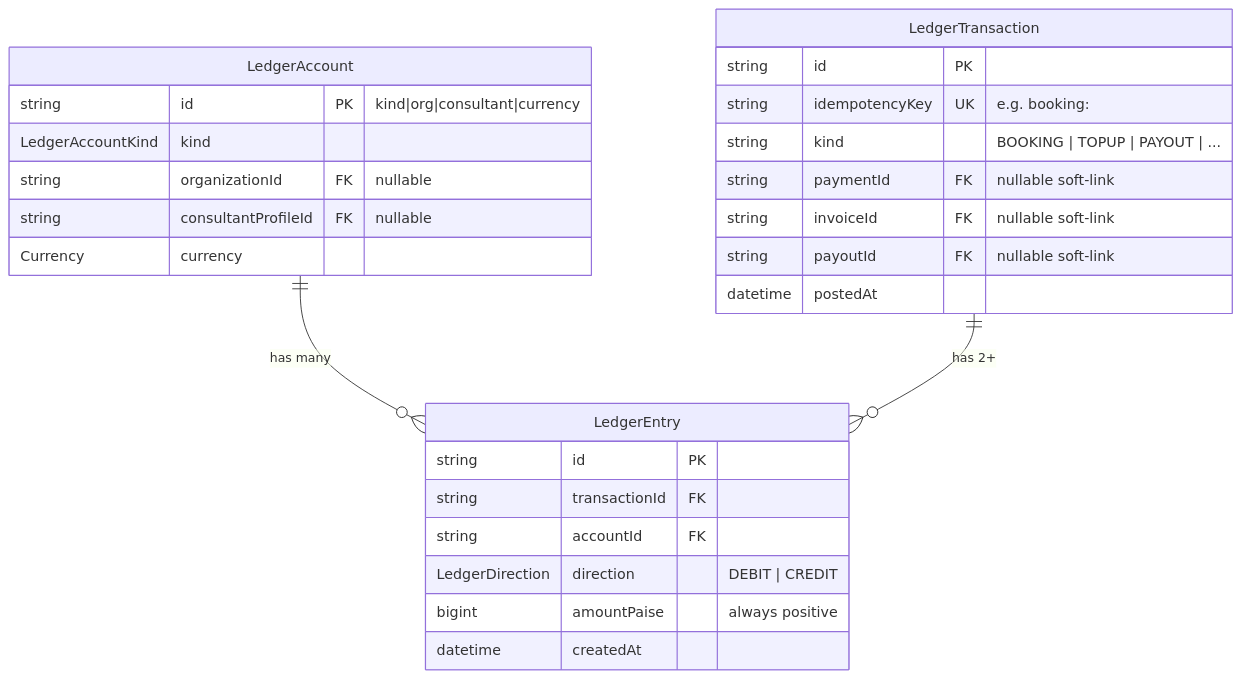
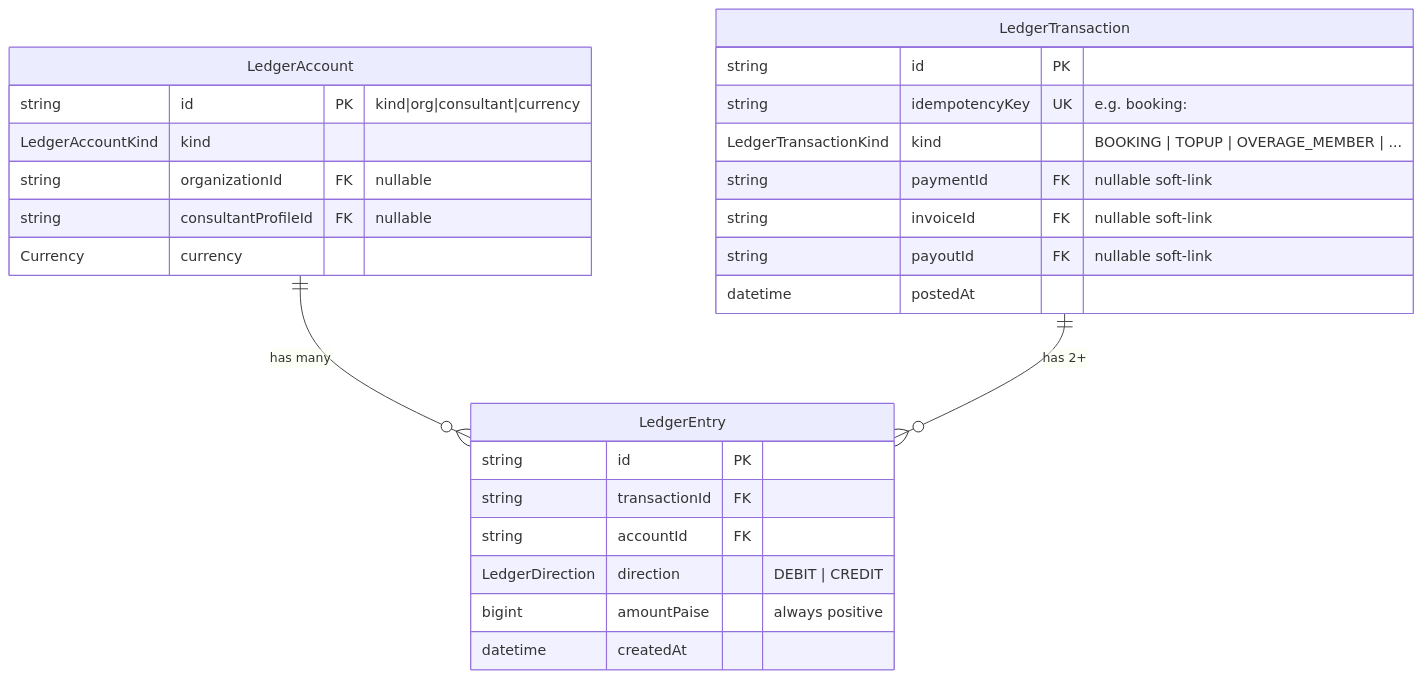
The first of 2 diagrams in docs/enterprise/08-ledger-and-postings.md (Practitionist/familiarise_web), drawn with Mermaid before and after one commit. The commit also changed other lines of this file and 46 other files, not shown here.

````diff
--- a/docs/enterprise/08-ledger-and-postings.md
+++ b/docs/enterprise/08-ledger-and-postings.md
@@ -11,30 +11,30 @@
 ```mermaid
 erDiagram
   LedgerAccount   ||--o{ LedgerEntry       : "has many"
   LedgerTransaction ||--o{ LedgerEntry     : "has 2+"
 
   LedgerAccount {
     string id PK "kind|org|consultant|currency"
     LedgerAccountKind kind
     string organizationId FK "nullable"
     string consultantProfileId FK "nullable"
     Currency currency
   }
   LedgerTransaction {
     string id PK
     string idempotencyKey UK "e.g. booking:<paymentId>"
-    string kind "BOOKING | TOPUP | PAYOUT | ..."
+    LedgerTransactionKind kind "BOOKING | TOPUP | OVERAGE_MEMBER | ..."
     string paymentId FK "nullable soft-link"
     string invoiceId FK "nullable soft-link"
     string payoutId FK "nullable soft-link"
     datetime postedAt
   }
   LedgerEntry {
     string id PK
     string transactionId FK
     string accountId FK
     LedgerDirection direction "DEBIT | CREDIT"
     bigint amountPaise "always positive"
     datetime createdAt
   }
 ```
````
